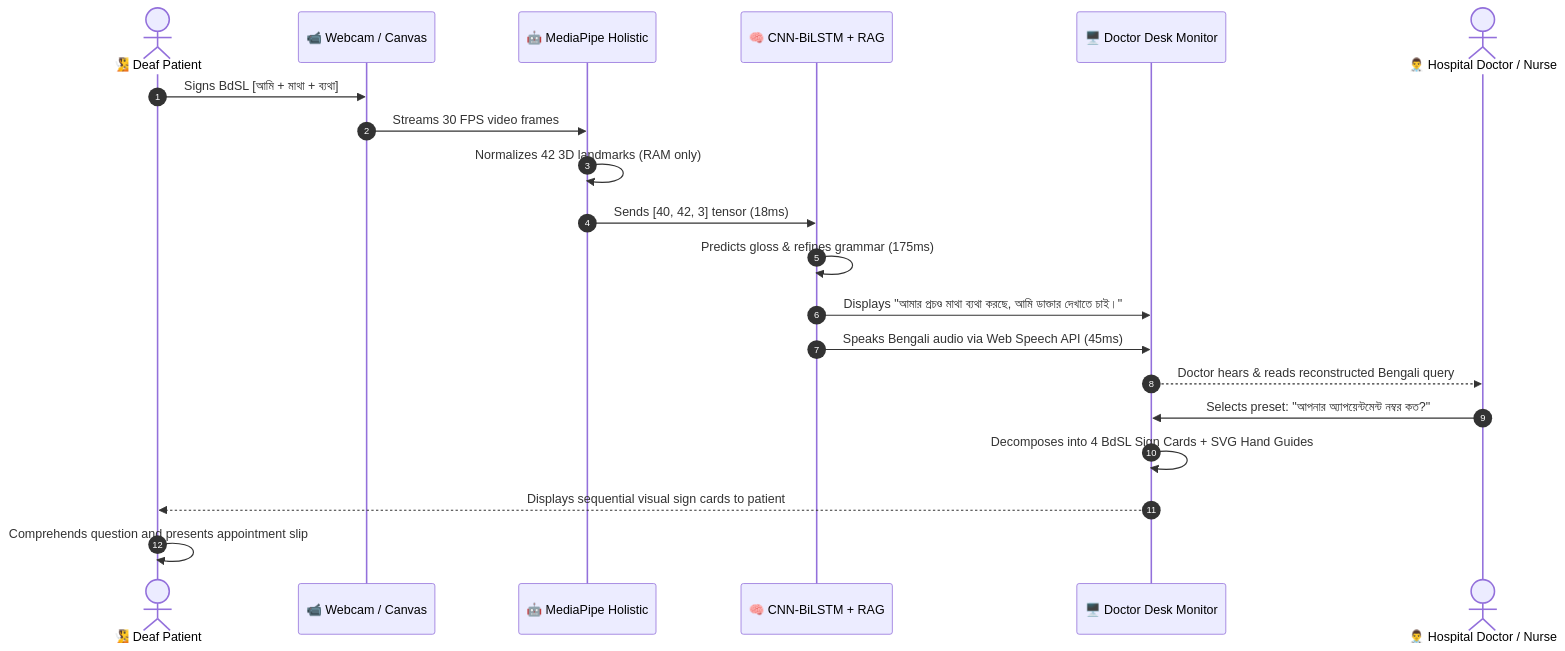
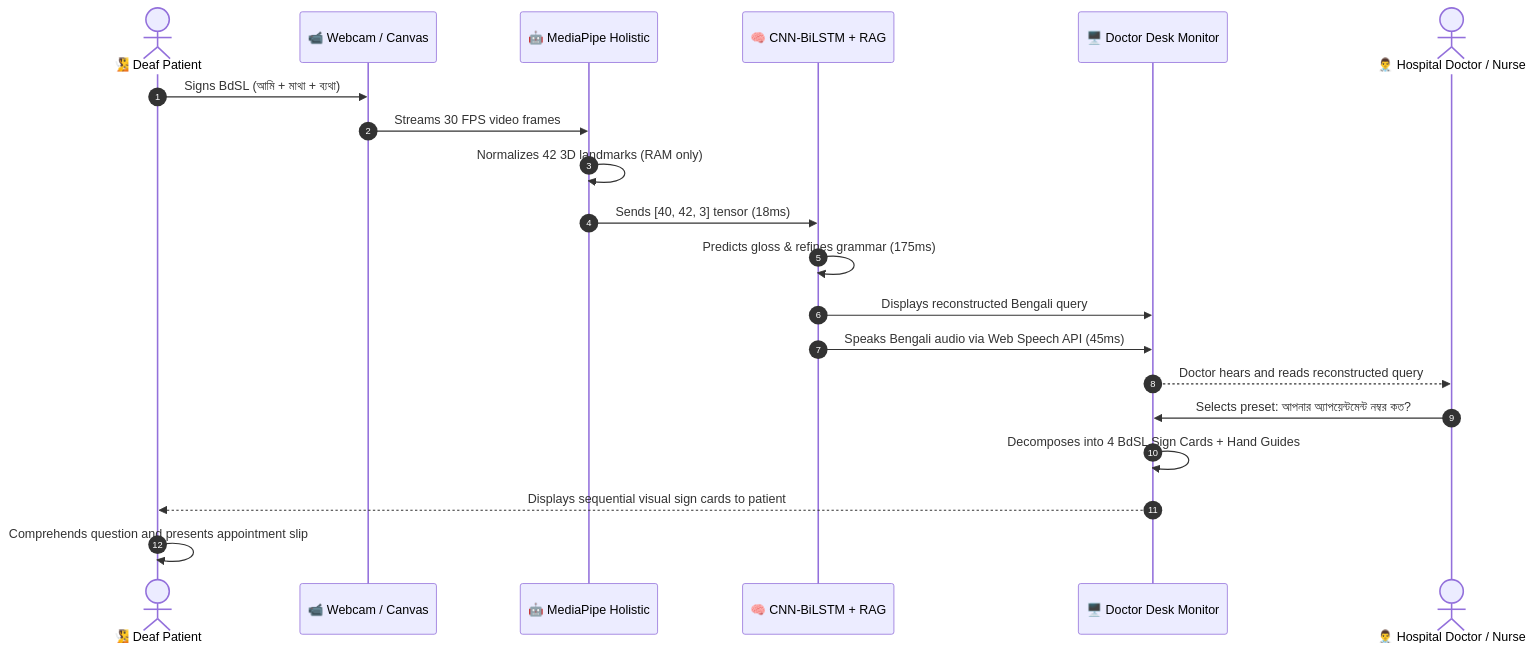
One commit to mohammademon10/Bhasha-Drishti changed the fifth of 6 diagrams in README.md. Above: the diagram before and after it, drawn with Mermaid. The commit also changed other lines of this file and 9 other files, not shown here.

Commit message:
feat: apply Royal Aurora color palette, realistic 3D clinical avatar, declutter UI, and fix GitHub Mermaid diagrams

````diff
--- a/README.md
+++ b/README.md
@@ -242,23 +253,23 @@
 ```mermaid
 sequenceDiagram
     autonumber
     actor Patient as 🧏 Deaf Patient
     participant Cam as 📹 Webcam / Canvas
     participant Vision as 🤖 MediaPipe Holistic
     participant Model as 🧠 CNN-BiLSTM + RAG
     participant Desk as 🖥️ Doctor Desk Monitor
     actor Doctor as 👨‍⚕️ Hospital Doctor / Nurse
 
-    Patient->>Cam: Signs BdSL [আমি + মাথা + ব্যথা]
+    Patient->>Cam: Signs BdSL (আমি + মাথা + ব্যথা)
     Cam->>Vision: Streams 30 FPS video frames
     Vision->>Vision: Normalizes 42 3D landmarks (RAM only)
     Vision->>Model: Sends [40, 42, 3] tensor (18ms)
     Model->>Model: Predicts gloss & refines grammar (175ms)
-    Model->>Desk: Displays "আমার প্রচণ্ড মাথা ব্যথা করছে, আমি ডাক্তার দেখাতে চাই।"
+    Model->>Desk: Displays reconstructed Bengali query
     Model->>Desk: Speaks Bengali audio via Web Speech API (45ms)
-    Desk-->>Doctor: Doctor hears & reads reconstructed Bengali query
-    Doctor->>Desk: Selects preset: "আপনার অ্যাপয়েন্টমেন্ট নম্বর কত?"
-    Desk->>Desk: Decomposes into 4 BdSL Sign Cards + SVG Hand Guides
+    Desk-->>Doctor: Doctor hears and reads reconstructed query
+    Doctor->>Desk: Selects preset: আপনার অ্যাপয়েন্টমেন্ট নম্বর কত?
+    Desk->>Desk: Decomposes into 4 BdSL Sign Cards + Hand Guides
     Desk-->>Patient: Displays sequential visual sign cards to patient
     Patient->>Patient: Comprehends question and presents appointment slip
 ```
````
